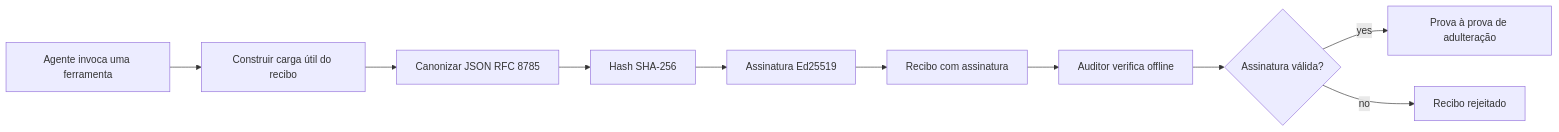
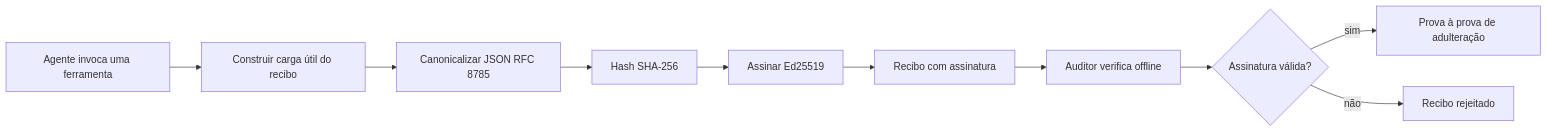
One commit to gabrielmoreira/agent-skills-mirror changed the first of 2 diagrams in mirrors/repos/microsoft@ai-agents-for-beginners/translations/pt-BR/18-securing-ai-agents/README.md. Above: the diagram before and after it, drawn with Mermaid. The commit also changed other lines of this file and 2285 other files, not shown here.

````diff
--- a/mirrors/repos/microsoft@ai-agents-for-beginners/translations/pt-BR/18-securing-ai-agents/README.md
+++ b/mirrors/repos/microsoft@ai-agents-for-beginners/translations/pt-BR/18-securing-ai-agents/README.md
@@ -51,12 +51,12 @@
 ```mermaid
 flowchart LR
     A[Agente invoca uma ferramenta] --> B[Construir carga útil do recibo]
-    B --> C[Canonizar JSON RFC 8785]
+    B --> C[Canonicalizar JSON RFC 8785]
     C --> D[Hash SHA-256]
-    D --> E[Assinatura Ed25519]
+    D --> E[Assinar Ed25519]
     E --> F[Recibo com assinatura]
     F --> G[Auditor verifica offline]
     G --> H{Assinatura válida?}
-    H -- yes --> I[Prova à prova de adulteração]
-    H -- no --> J[Recibo rejeitado]
+    H -- sim --> I[Prova à prova de adulteração]
+    H -- não --> J[Recibo rejeitado]
 ```
````
